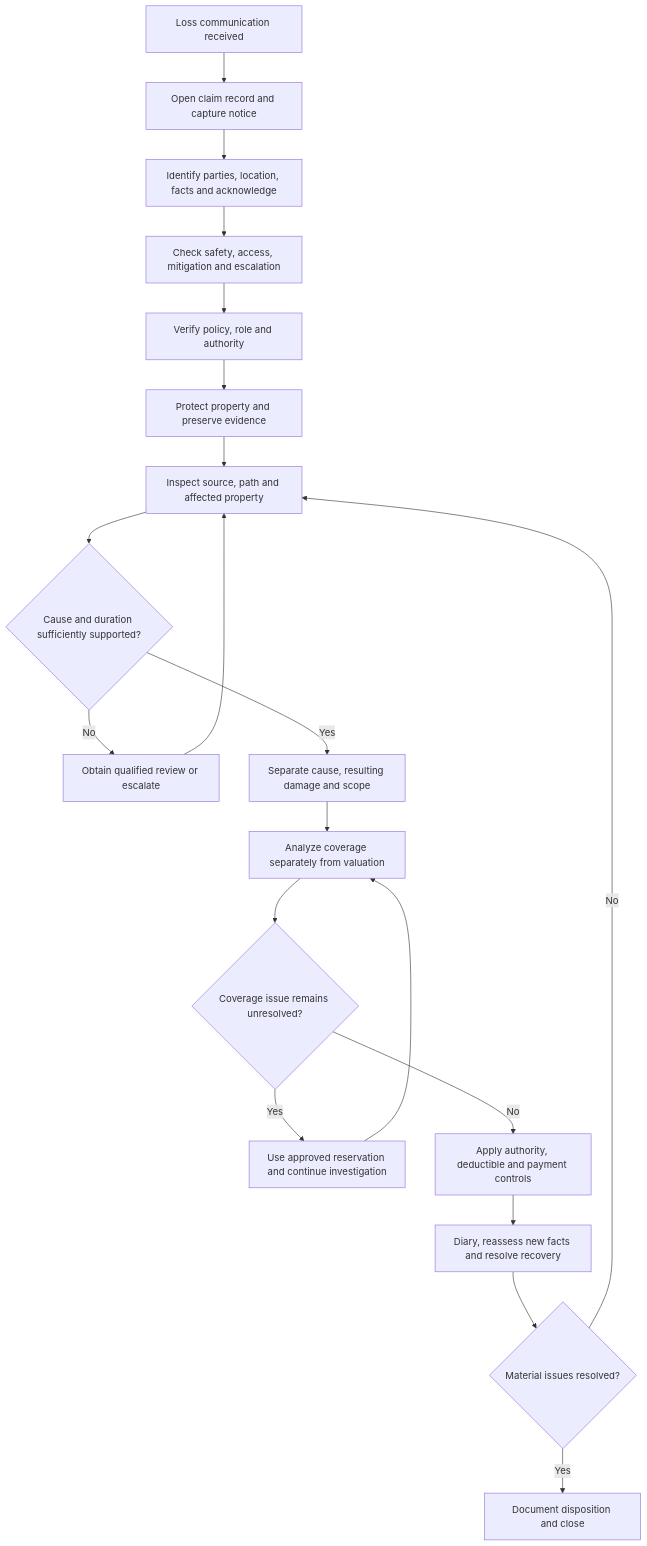
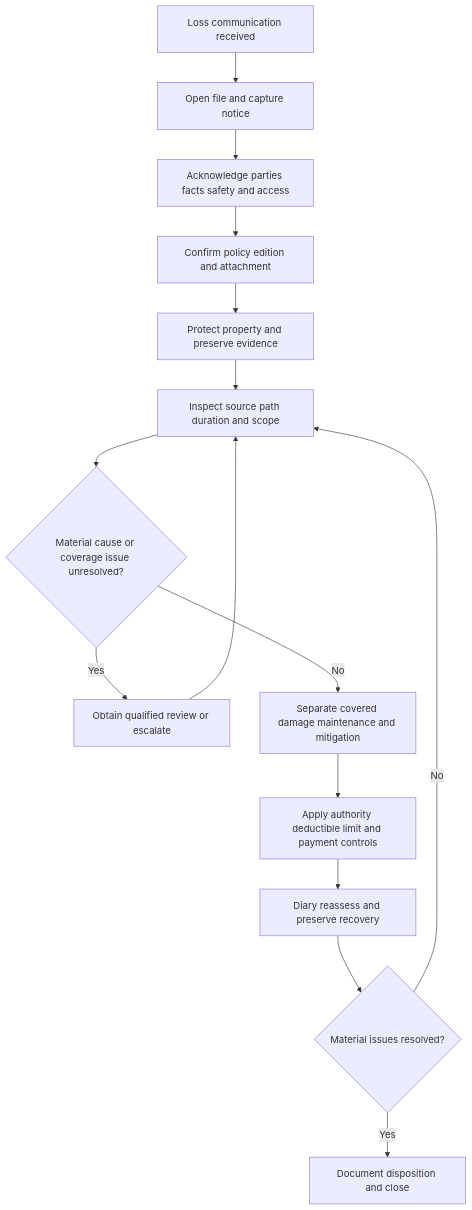
One commit to langchain-samples/openwiki-insurance-corpus changed the diagram in openwiki/claims/manual/intake-investigation-and-mitigation.md. Above: the diagram before and after it, drawn with Mermaid. The commit also changed other lines of this file and 29 other files, not shown here.

````diff
--- a/openwiki/claims/manual/intake-investigation-and-mitigation.md
+++ b/openwiki/claims/manual/intake-investigation-and-mitigation.md
@@ -31,22 +33,17 @@
 ```mermaid
 flowchart TD
-    notice["Loss communication received"] --> intake["Open claim record and capture notice"]
-    intake --> acknowledge["Identify parties, location, facts and acknowledge"]
-    acknowledge --> triage["Check safety, access, mitigation and escalation"]
-    triage --> control["Verify policy, role and authority"]
-    control --> preserve["Protect property and preserve evidence"]
-    preserve --> inspect["Inspect source, path and affected property"]
-    inspect --> cause{"Cause and duration sufficiently supported?"}
-    cause -->|"No"| refer["Obtain qualified review or escalate"]
+    notice["Loss communication received"] --> intake["Open file and capture notice"]
+    intake --> triage["Acknowledge parties facts safety and access"]
+    triage --> contract["Confirm policy edition and attachment"]
+    contract --> protect["Protect property and preserve evidence"]
+    protect --> inspect["Inspect source path duration and scope"]
+    inspect --> decision{"Material cause or coverage issue unresolved?"}
+    decision -->|"Yes"| refer["Obtain qualified review or escalate"]
     refer --> inspect
-    cause -->|"Yes"| separate["Separate cause, resulting damage and scope"]
-    separate --> coverage["Analyze coverage separately from valuation"]
-    coverage --> rights{"Coverage issue remains unresolved?"}
-    rights -->|"Yes"| reserve["Use approved reservation and continue investigation"]
-    reserve --> coverage
-    rights -->|"No"| authority["Apply authority, deductible and payment controls"]
-    authority --> reassess["Diary, reassess new facts and resolve recovery"]
+    decision -->|"No"| separate["Separate covered damage maintenance and mitigation"]
+    separate --> authority["Apply authority deductible limit and payment controls"]
+    authority --> reassess["Diary reassess and preserve recovery"]
     reassess --> close{"Material issues resolved?"}
     close -->|"No"| inspect
-    close -->|"Yes"| final["Document disposition and close"]
+    close -->|"Yes"| finish["Document disposition and close"]
 ```
````
